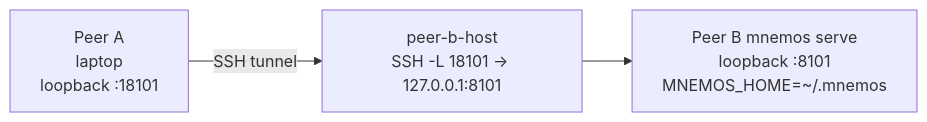
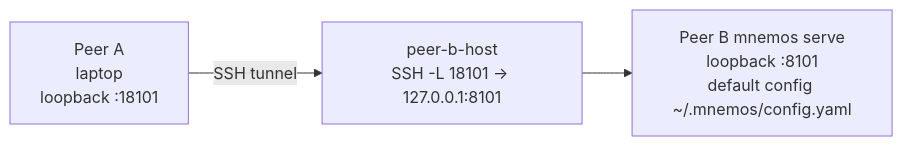
One commit to vesmaro/vesmaro changed the second of 2 diagrams in docs/en/admin/federation-testing.md. Above: the diagram before and after it, drawn with Mermaid. The commit also changed other lines of this file and 54 other files, not shown here.

````diff
--- a/docs/en/admin/federation-testing.md
+++ b/docs/en/admin/federation-testing.md
@@ -182,5 +211,5 @@
 ```mermaid
 flowchart LR
   LAP[Peer A<br/>laptop<br/>loopback :18101] -- SSH tunnel --> SSH[peer-b-host<br/>SSH -L 18101 → 127.0.0.1:8101]
-  SSH --> PB[Peer B mnemos serve<br/>loopback :8101<br/>MNEMOS_HOME=~/.mnemos]
+  SSH --> PB[Peer B mnemos serve<br/>loopback :8101<br/>default config ~/.mnemos/config.yaml]
 ```
````
